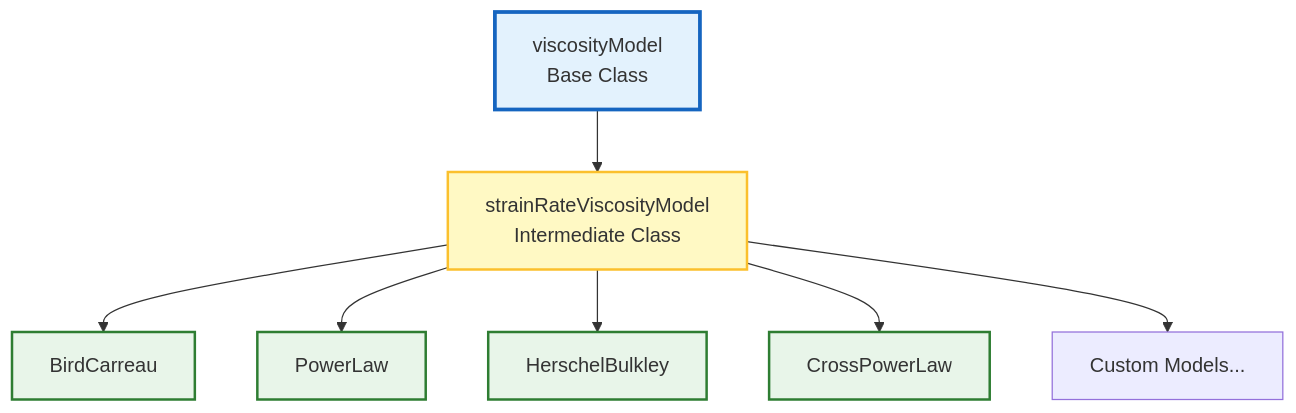
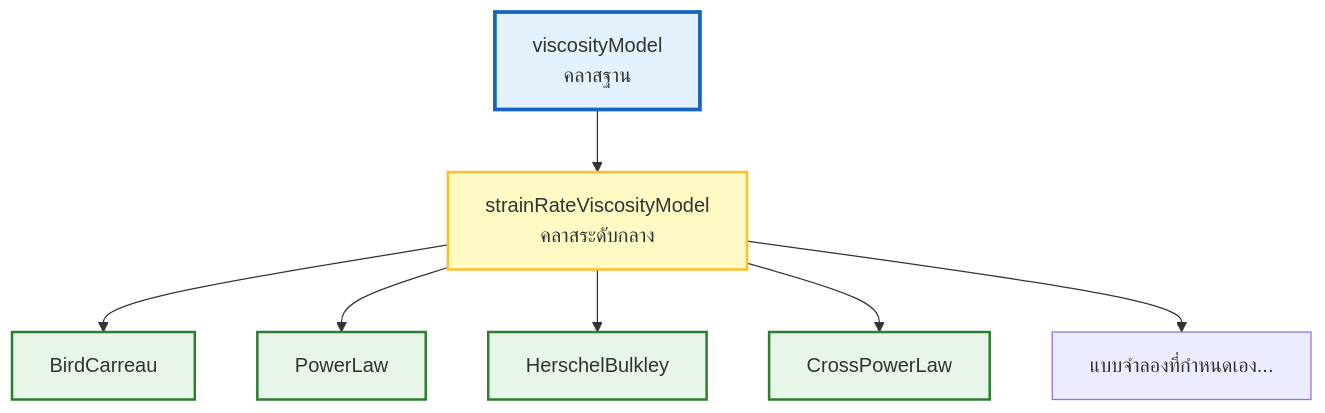
One commit to wramet/build-my-cfd changed the second of 4 diagrams in MODULE_06_ADVANCED_PHYSICS/CONTENT/04_NON_NEWTONIAN_FLUIDS/00_Overview.md. Above: the diagram before and after it, drawn with Mermaid. The commit also changed other lines of this file and 104 other files, not shown here.

````diff
--- a/MODULE_06_ADVANCED_PHYSICS/CONTENT/04_NON_NEWTONIAN_FLUIDS/00_Overview.md
+++ b/MODULE_06_ADVANCED_PHYSICS/CONTENT/04_NON_NEWTONIAN_FLUIDS/00_Overview.md
@@ -161,16 +161,16 @@
 ```mermaid
 graph TD
-    A[viscosityModel<br/>Base Class] --> B[strainRateViscosityModel<br/>Intermediate Class]
+    A[viscosityModel<br/>คลาสฐาน] --> B[strainRateViscosityModel<br/>คลาสระดับกลาง]
     B --> C[BirdCarreau]
     B --> D[PowerLaw]
     B --> E[HerschelBulkley]
     B --> F[CrossPowerLaw]
-    B --> G[Custom Models...]
+    B --> G[แบบจำลองที่กำหนดเอง...]
 
     style A fill:#e3f2fd,stroke:#1565c0,stroke-width:3px
     style B fill:#fff9c4,stroke:#fbc02d,stroke-width:2px
     style C fill:#e8f5e9,stroke:#2e7d32,stroke-width:2px
     style D fill:#e8f5e9,stroke:#2e7d32,stroke-width:2px
     style E fill:#e8f5e9,stroke:#2e7d32,stroke-width:2px
     style F fill:#e8f5e9,stroke:#2e7d32,stroke-width:2px
 ```
````
